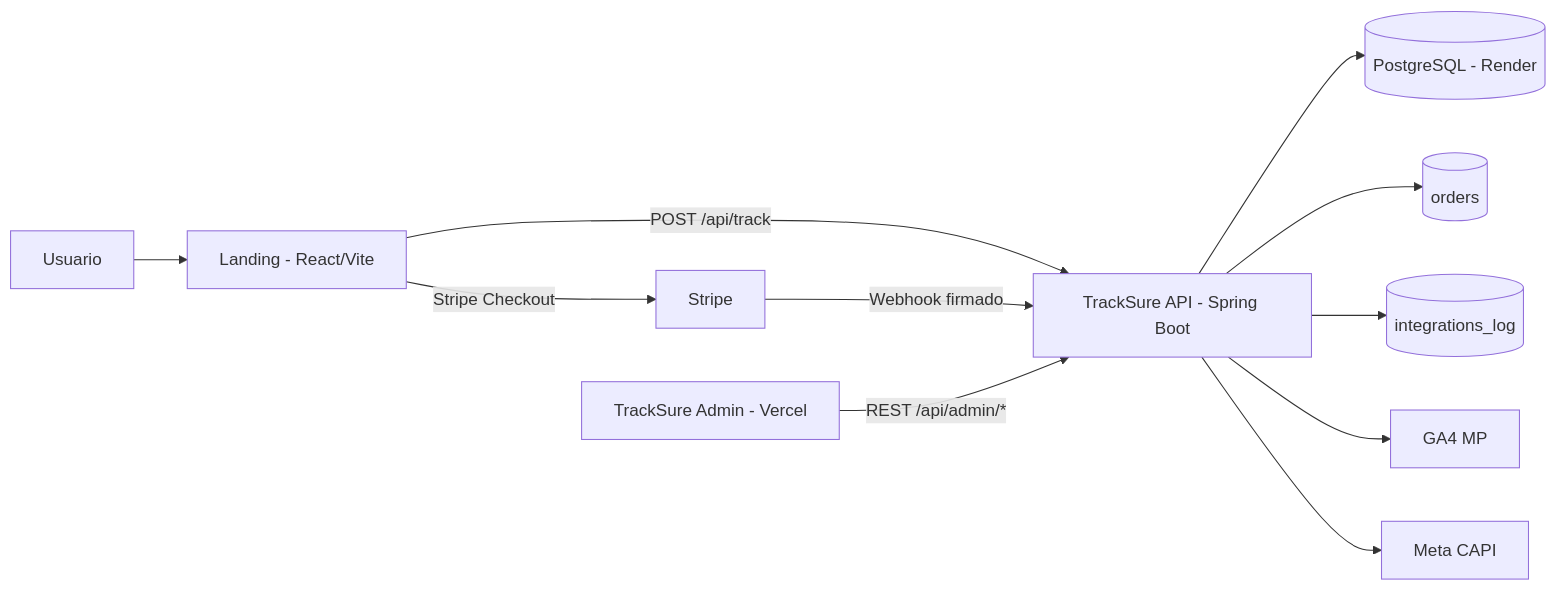
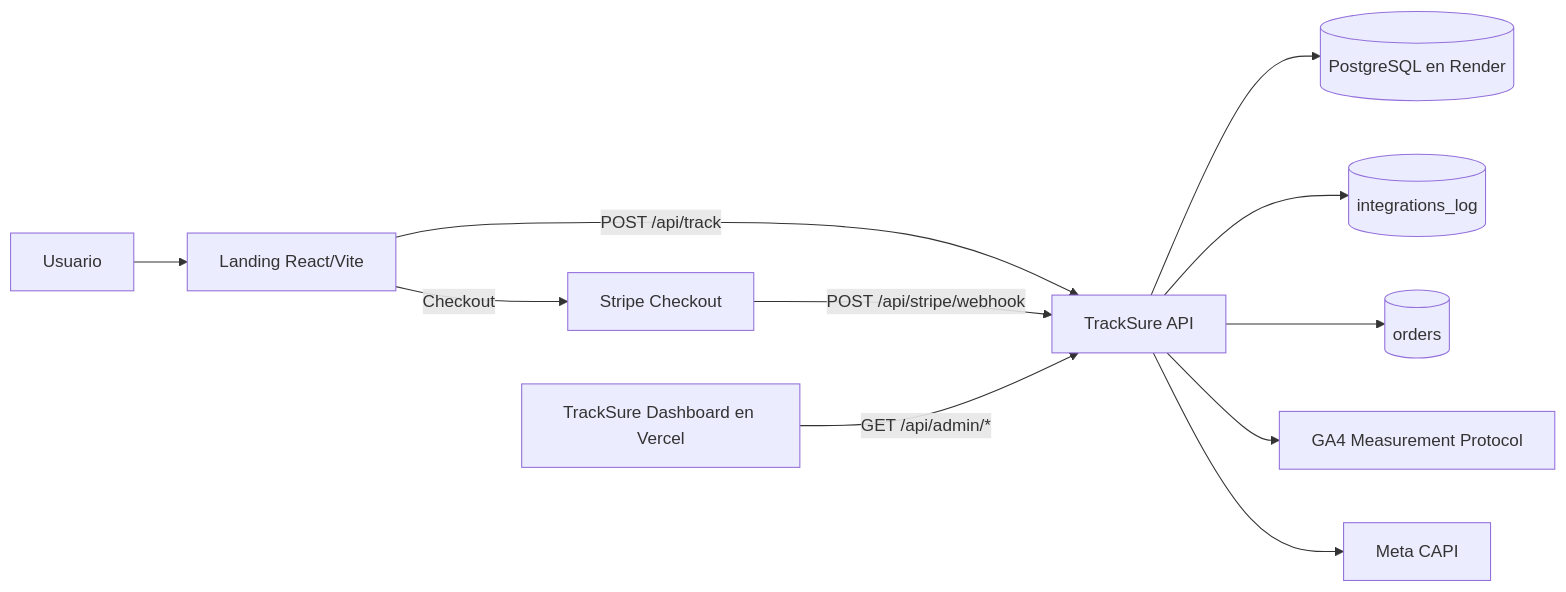
One commit to No-Country-simulation/S02-26-Equipo-15-Web-App-Development changed the diagram in README.md. Above: the diagram before and after it, drawn with Mermaid. The commit also changed other lines of this file and 7 other files, not shown here.

Commit message:
docs: strengthen TrackSure docs for hackathon review

````diff
--- a/README.md
+++ b/README.md
@@ -30,15 +35,16 @@
 ```mermaid
 flowchart LR
-  U[Usuario] --> L[Landing - React/Vite]
-  L -->|POST /api/track| API[TrackSure API - Spring Boot]
-  L -->|Stripe Checkout| ST[Stripe]
-  ST -->|Webhook firmado| API
+  U[Usuario] --> L[Landing React/Vite]
+  L -->|POST /api/track| API[TrackSure API]
+  L -->|Checkout| STRIPE[Stripe Checkout]
+  STRIPE -->|POST /api/stripe/webhook| API
 
-  API --> DB[(PostgreSQL - Render)]
-  API --> O[(orders)]
-  API --> IL[(integrations_log)]
-  API --> G[GA4 MP]
-  API --> M[Meta CAPI]
+  API --> DB[(PostgreSQL en Render)]
+  API --> LOGS[(integrations_log)]
+  API --> ORD[(orders)]
 
-  A[TrackSure Admin - Vercel] -->|REST /api/admin/*| API
+  API --> GA4[GA4 Measurement Protocol]
+  API --> META[Meta CAPI]
+
+  D[TrackSure Dashboard en Vercel] -->|GET /api/admin/*| API
 ```
````
